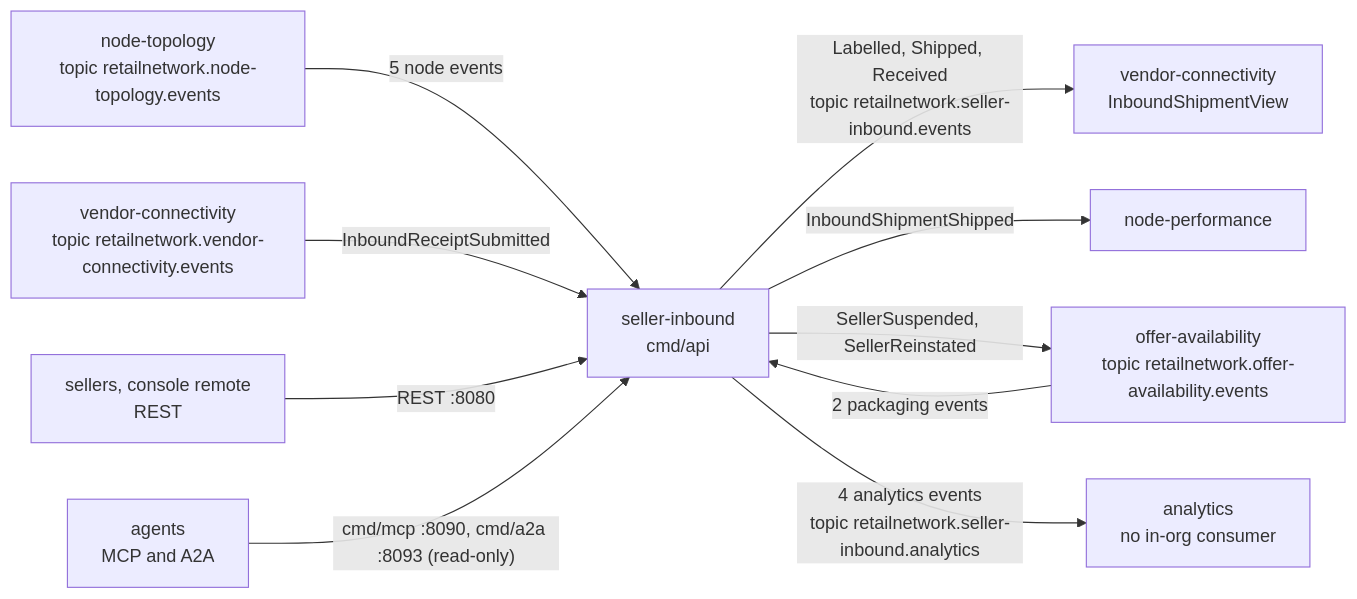
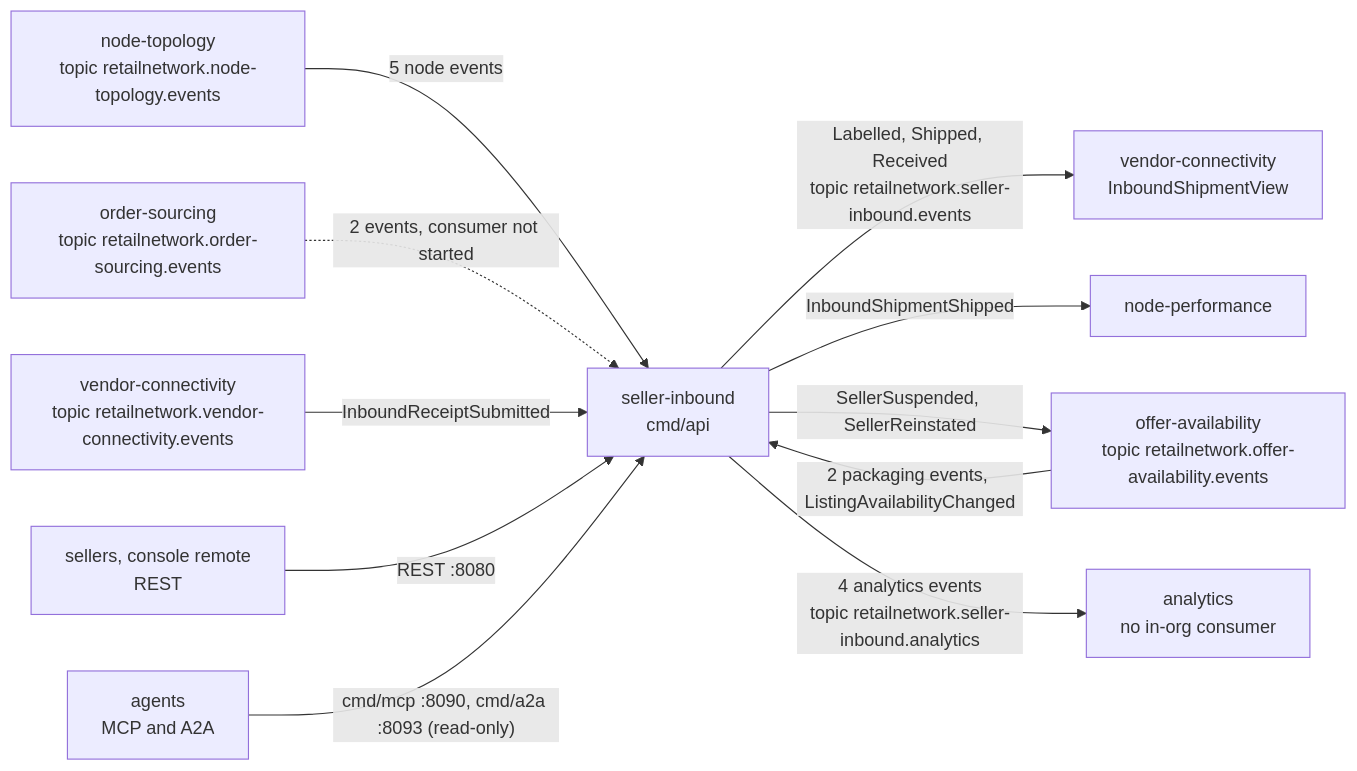
Before and after one commit to IQVO/seller-inbound: the diagram in docs/docs/ecosystem/integration.md, drawn with Mermaid. The commit also changed other lines of this file and 9 other files, not shown here.

Commit message:
docs: correct ADR, feature-file and event counts; document all eleven consumed types and the unwired order-sourcing consumer

````diff
--- a/docs/docs/ecosystem/integration.md
+++ b/docs/docs/ecosystem/integration.md
@@ -21,21 +21,23 @@
 ```mermaid
 flowchart LR
     NT["node-topology<br/>topic retailnetwork.node-topology.events"]
     OA["offer-availability<br/>topic retailnetwork.offer-availability.events"]
     VC["vendor-connectivity<br/>topic retailnetwork.vendor-connectivity.events"]
     SI["seller-inbound<br/>cmd/api"]
     NP["node-performance"]
     VC2["vendor-connectivity<br/>InboundShipmentView"]
     AN["analytics<br/>no in-org consumer"]
     SEL["sellers, console remote<br/>REST"]
     AG["agents<br/>MCP and A2A"]
     NT -->|"5 node events"| SI
-    OA -->|"2 packaging events"| SI
+    OA -->|"2 packaging events, ListingAvailabilityChanged"| SI
+    OS["order-sourcing<br/>topic retailnetwork.order-sourcing.events"]
+    OS -.->|"2 events, consumer not started"| SI
     VC -->|"InboundReceiptSubmitted"| SI
     SI -->|"Labelled, Shipped, Received<br/>topic retailnetwork.seller-inbound.events"| VC2
     SI -->|"InboundShipmentShipped"| NP
     SI -->|"SellerSuspended, SellerReinstated"| OA
     SI -->|"4 analytics events<br/>topic retailnetwork.seller-inbound.analytics"| AN
     SEL -->|"REST :8080"| SI
     AG -->|"cmd/mcp :8090, cmd/a2a :8093 (read-only)"| SI
 ```
````
